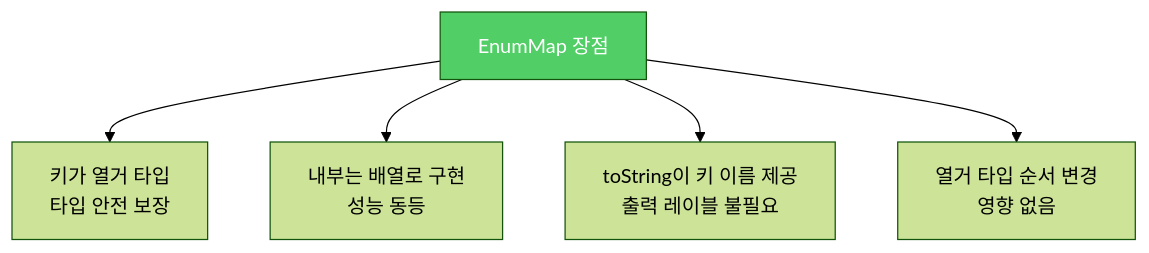
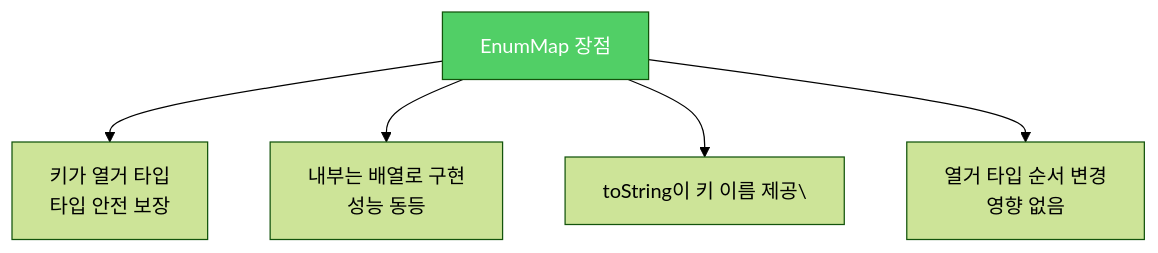
The first of 2 diagrams in _posts/java/2022-01-14-effective-java37.md (yjkim2015/yjkim2015.github.io), drawn with Mermaid (forest theme) before and after one commit. The commit also changed other lines of this file and 271 other files, not shown here.

First line of the commit message:
Mermaid 라벨 축소: 긴 노드 텍스트 18자 이하로 트림 + \n 제거

````diff
--- a/_posts/java/2022-01-14-effective-java37.md
+++ b/_posts/java/2022-01-14-effective-java37.md
@@ -77,8 +77,8 @@
 ```mermaid
 graph TD
     A["EnumMap 장점"] --> B["키가 열거 타입\n타입 안전 보장"]
     A --> C["내부는 배열로 구현\n성능 동등"]
-    A --> D["toString이 키 이름 제공\n출력 레이블 불필요"]
+    A --> D["toString이 키 이름 제공\"]
     A --> E["열거 타입 순서 변경\n영향 없음"]
     style A fill:#51cf66,color:#fff
 ```
````
